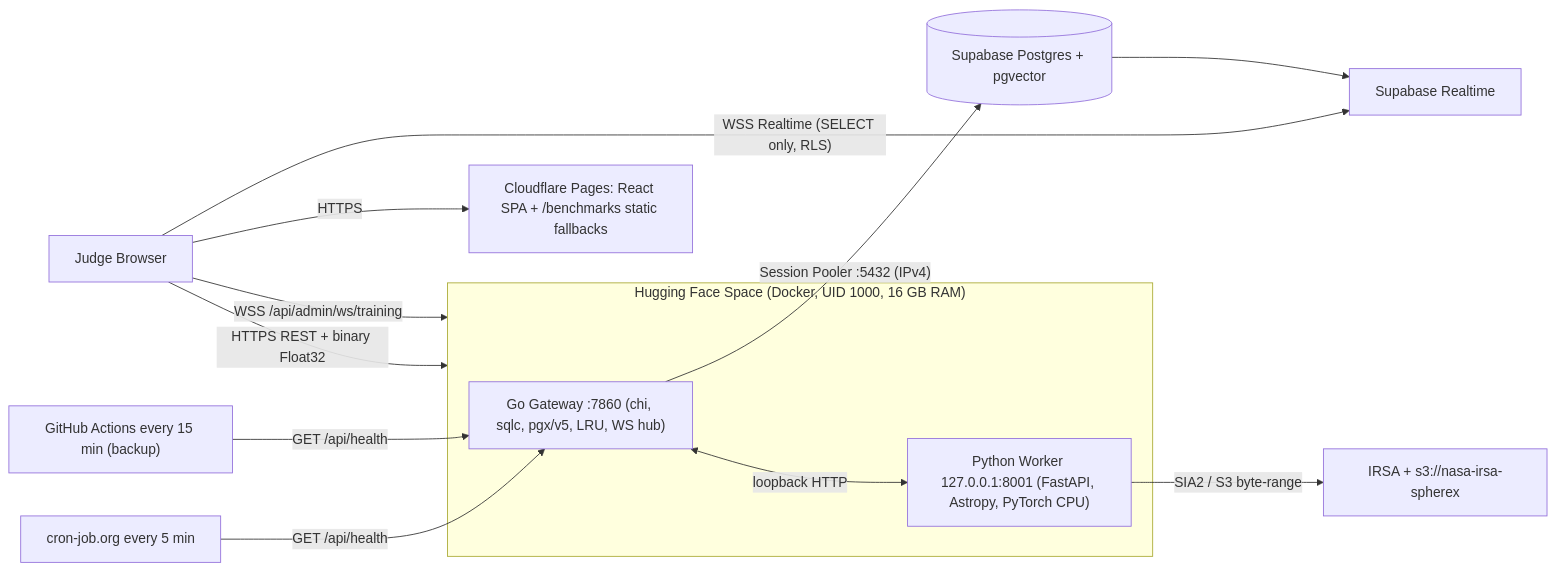
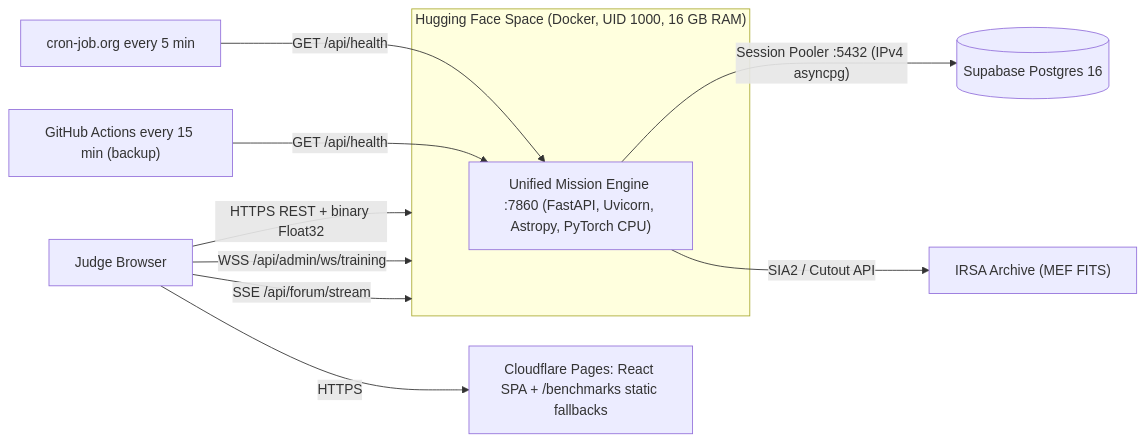
One commit to Amonochuka/Spectra changed the fifth of 5 diagrams in SPECIFICATION.md. Above: the diagram before and after it, drawn with Mermaid. The commit also changed other lines of this file and 1 other file, not shown here.

Commit message:
docs: master reconciliation of specification v3.0.0-PROD (single FastAPI engine)

````diff
--- a/SPECIFICATION.md
+++ b/SPECIFICATION.md
@@ -2354,17 +2186,14 @@
 ```mermaid
 flowchart LR
     Judge["Judge Browser"] -->|HTTPS| CF["Cloudflare Pages: React SPA + /benchmarks static fallbacks"]
     Judge -->|"HTTPS REST + binary Float32"| HF
     Judge -->|"WSS /api/admin/ws/training"| HF
-    Judge -->|"WSS Realtime (SELECT only, RLS)"| SupaRT["Supabase Realtime"]
+    Judge -->|"SSE /api/forum/stream"| HF
     subgraph HF["Hugging Face Space (Docker, UID 1000, 16 GB RAM)"]
-        Go["Go Gateway :7860 (chi, sqlc, pgx/v5, LRU, WS hub)"]
-        Py["Python Worker 127.0.0.1:8001 (FastAPI, Astropy, PyTorch CPU)"]
-        Go <-->|loopback HTTP| Py
+        Backend["Unified Mission Engine :7860 (FastAPI, Uvicorn, Astropy, PyTorch CPU)"]
     end
-    Go -->|"Session Pooler :5432 (IPv4)"| PG[("Supabase Postgres + pgvector")]
-    PG --> SupaRT
-    Py -->|"SIA2 / S3 byte-range"| IRSA["IRSA + s3://nasa-irsa-spherex"]
-    Cron["cron-job.org every 5 min"] -->|GET /api/health| Go
-    GHA["GitHub Actions every 15 min (backup)"] -->|GET /api/health| Go
+    Backend -->|"Session Pooler :5432 (IPv4 asyncpg)"| PG[("Supabase Postgres 16")]
+    Backend -->|"SIA2 / Cutout API"| IRSA["IRSA Archive (MEF FITS)"]
+    Cron["cron-job.org every 5 min"] -->|GET /api/health| Backend
+    GHA["GitHub Actions every 15 min (backup)"] -->|GET /api/health| Backend
 ```
````
